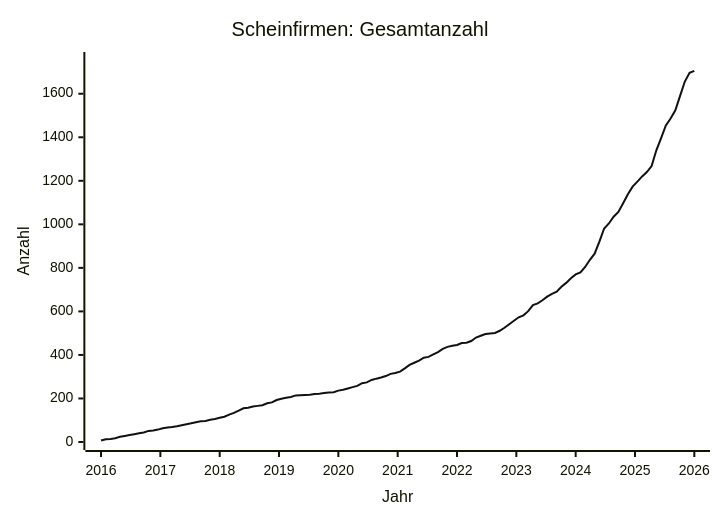
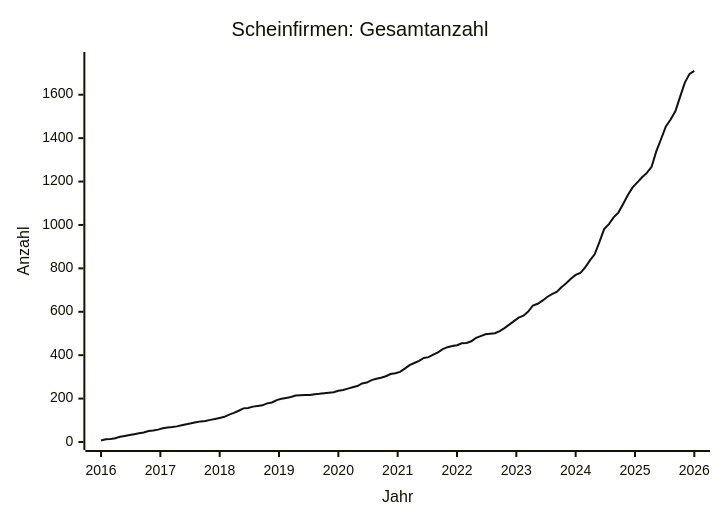
Before and after one commit to arjoma/scheinfirmen-at: the diagram in data/STATS.md, drawn with Mermaid. The commit also changed other lines of this file and 3 other files, not shown here.

````diff
--- a/data/STATS.md
+++ b/data/STATS.md
@@ -9,13 +9,13 @@
 ```mermaid
 ---
 config:
   themeVariables:
     xyChart:
       plotColorPalette: "#111111"
 ---
 xychart-beta
     title "Scheinfirmen: Gesamtanzahl"
     x-axis "Jahr" 2016 --> 2026
-    y-axis "Anzahl" 0 --> 1755
-    line [7, 13, 14, 17, 24, 28, 32, 36, 40, 44, 51, 53, 57, 63, 67, 69, 72, 77, 82, 86, 91, 95, 97, 102, 106, 111, 116, 126, 134, 144, 155, 157, 163, 166, 169, 178, 182, 193, 199, 203, 207, 214, 215, 216, 217, 220, 222, 225, 227, 229, 236, 240, 246, 252, 258, 270, 274, 285, 291, 296, 303, 313, 317, 323, 338, 354, 364, 374, 387, 391, 403, 413, 428, 437, 442, 446, 455, 456, 464, 480, 488, 496, 499, 501, 511, 525, 541, 557, 573, 582, 601, 629, 637, 651, 668, 681, 691, 713, 731, 752, 770, 779, 804, 837, 865, 921, 981, 1004, 1035, 1057, 1097, 1138, 1173, 1196, 1220, 1240, 1268, 1340, 1396, 1454, 1486, 1524, 1590, 1656, 1696, 1705]
+    y-axis "Anzahl" 0 --> 1760
+    line [7, 13, 14, 17, 24, 28, 32, 36, 40, 44, 51, 53, 57, 63, 67, 69, 72, 77, 82, 86, 91, 95, 97, 102, 106, 111, 116, 126, 134, 144, 155, 157, 163, 166, 169, 178, 182, 193, 199, 203, 207, 214, 215, 216, 217, 220, 222, 225, 227, 229, 236, 240, 246, 252, 258, 270, 274, 285, 291, 296, 303, 313, 317, 323, 338, 354, 364, 374, 387, 391, 403, 413, 428, 437, 442, 446, 455, 456, 464, 480, 488, 496, 499, 501, 511, 525, 541, 557, 573, 582, 601, 629, 637, 651, 668, 681, 691, 713, 731, 752, 770, 779, 804, 837, 865, 921, 981, 1004, 1035, 1057, 1097, 1138, 1173, 1196, 1220, 1240, 1268, 1340, 1396, 1454, 1486, 1524, 1590, 1656, 1696, 1710]
 ```
````
